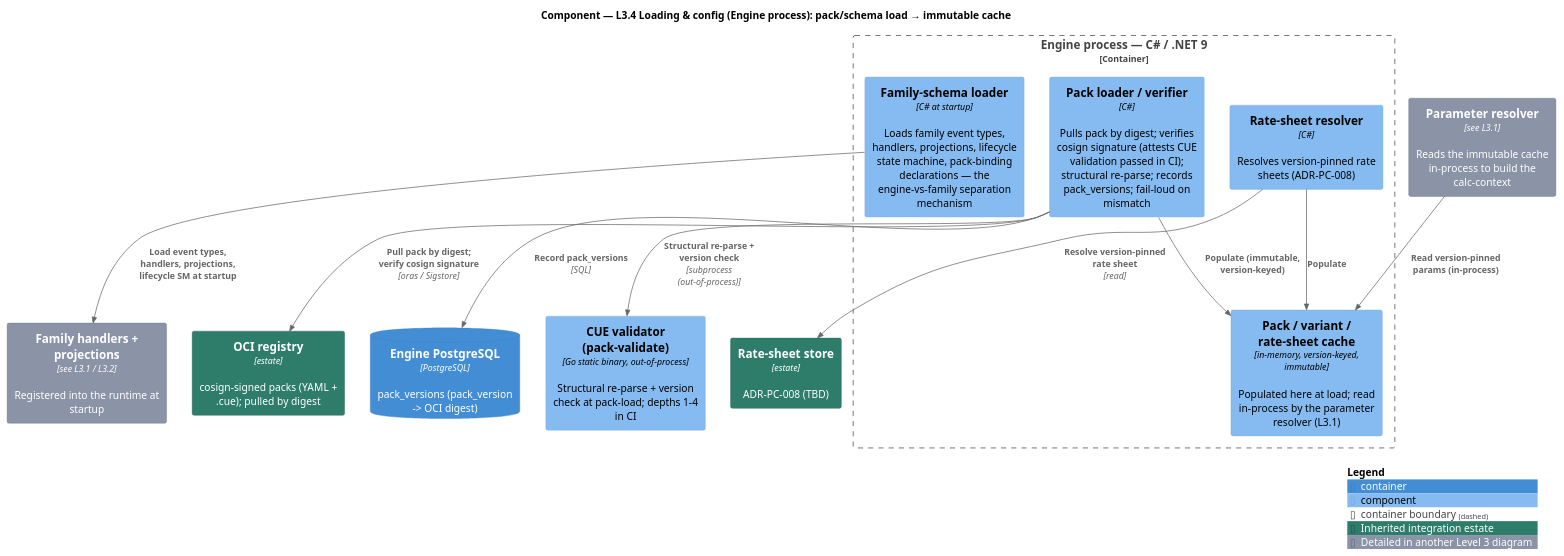
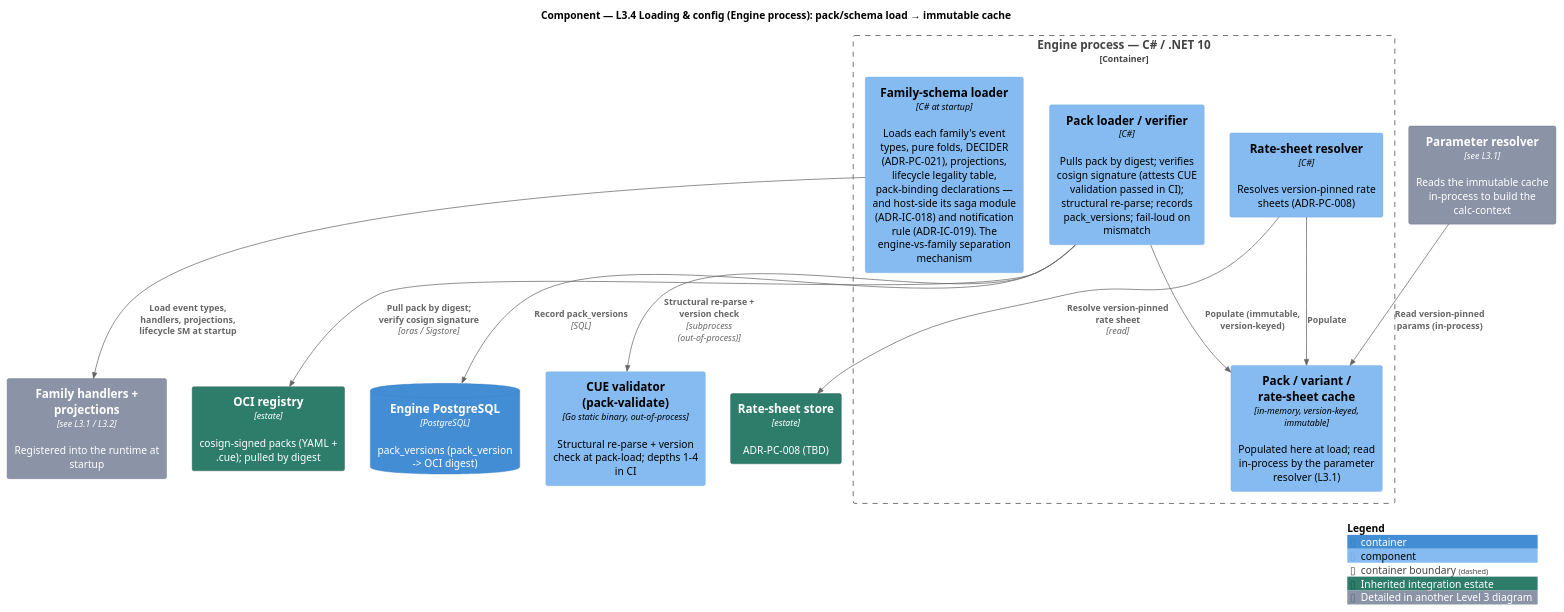
Before and after one commit to jhosm/archie: the diagram in docs/product-management/product_concepts/diagrams/c4-l3-loading-config.puml, drawn with PlantUML. The commit also changed 21 other files, not shown here.

```diff
--- a/docs/product-management/product_concepts/diagrams/c4-l3-loading-config.puml
+++ b/docs/product-management/product_concepts/diagrams/c4-l3-loading-config.puml
@@ -1,37 +1,37 @@
 @startuml c4-l3-loading-config
 ' Source of truth for Level 3.4 in ../feature-design-c4-architecture.md.
 ' Regenerate: plantuml -tsvg <this file>
 !include <C4/C4_Component>
 ' Remote fallback: !include https://raw.githubusercontent.com/plantuml-stdlib/C4-PlantUML/master/C4_Component.puml
 
 AddElementTag("family", $bgColor="#B8860B", $fontColor="#FFFFFF", $borderColor="#7A5B08", $legendText="Loaded from the family schema at startup (not engine code)")
 AddElementTag("estate", $bgColor="#2E7D6B", $fontColor="#FFFFFF", $borderColor="#1F5749", $legendText="Inherited integration estate")
 AddElementTag("ref", $bgColor="#8A94A6", $fontColor="#FFFFFF", $borderColor="#5F6A7D", $legendText="Detailed in another Level 3 diagram")
 
 title Component — L3.4 Loading & config (Engine process): pack/schema load → immutable cache
 
-Container_Boundary(engine, "Engine process — C# / .NET 9") {
-  Component(schemaloader, "Family-schema loader", "C# at startup", "Loads family event types, handlers, projections, lifecycle state machine, pack-binding declarations — the engine-vs-family separation mechanism")
+Container_Boundary(engine, "Engine process — C# / .NET 10") {
+  Component(schemaloader, "Family-schema loader", "C# at startup", "Loads each family's event types, pure folds, DECIDER (ADR-PC-021), projections, lifecycle legality table, pack-binding declarations — and host-side its saga module (ADR-IC-018) and notification rule (ADR-IC-019). The engine-vs-family separation mechanism")
   Component(packloader, "Pack loader / verifier", "C#", "Pulls pack by digest; verifies cosign signature (attests CUE validation passed in CI); structural re-parse; records pack_versions; fail-loud on mismatch")
   Component(ratesvc, "Rate-sheet resolver", "C#", "Resolves version-pinned rate sheets (ADR-PC-008)")
   Component(cache, "Pack / variant / rate-sheet cache", "in-memory, version-keyed, immutable", "Populated here at load; read in-process by the parameter resolver (L3.1)")
 }
 
 Component(validator, "CUE validator (pack-validate)", "Go static binary, out-of-process", "Structural re-parse + version check at pack-load; depths 1-4 in CI")
 Component(resolverref, "Parameter resolver", "see L3.1", "Reads the immutable cache in-process to build the calc-context", $tags="ref")
 Component(familyref, "Family handlers + projections", "see L3.1 / L3.2", "Registered into the runtime at startup", $tags="ref")
 Container(oci, "OCI registry", "estate", "cosign-signed packs (YAML + .cue); pulled by digest", $tags="estate")
 Container(ratestore, "Rate-sheet store", "estate", "ADR-PC-008 (TBD)", $tags="estate")
 ContainerDb(pg, "Engine PostgreSQL", "PostgreSQL", "pack_versions (pack_version -> OCI digest)")
 
 Rel(packloader, oci, "Pull pack by digest; verify cosign signature", "oras / Sigstore")
 Rel(packloader, validator, "Structural re-parse + version check", "subprocess (out-of-process)")
 Rel(packloader, pg, "Record pack_versions", "SQL")
 Rel(packloader, cache, "Populate (immutable, version-keyed)")
 Rel(ratesvc, ratestore, "Resolve version-pinned rate sheet", "read")
 Rel(ratesvc, cache, "Populate")
 Rel(schemaloader, familyref, "Load event types, handlers, projections, lifecycle SM at startup")
 Rel(resolverref, cache, "Read version-pinned params (in-process)")
 
 SHOW_LEGEND()
 @enduml
```
